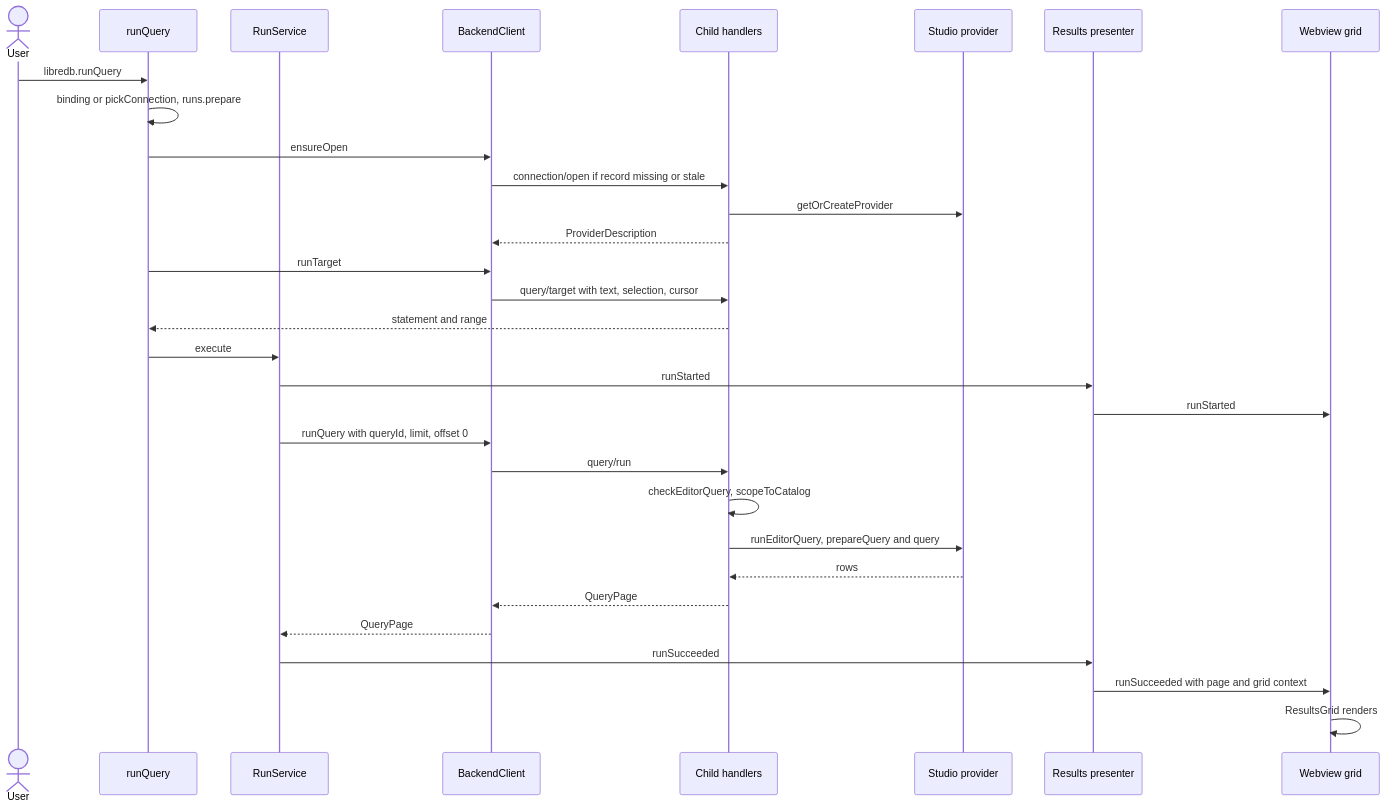
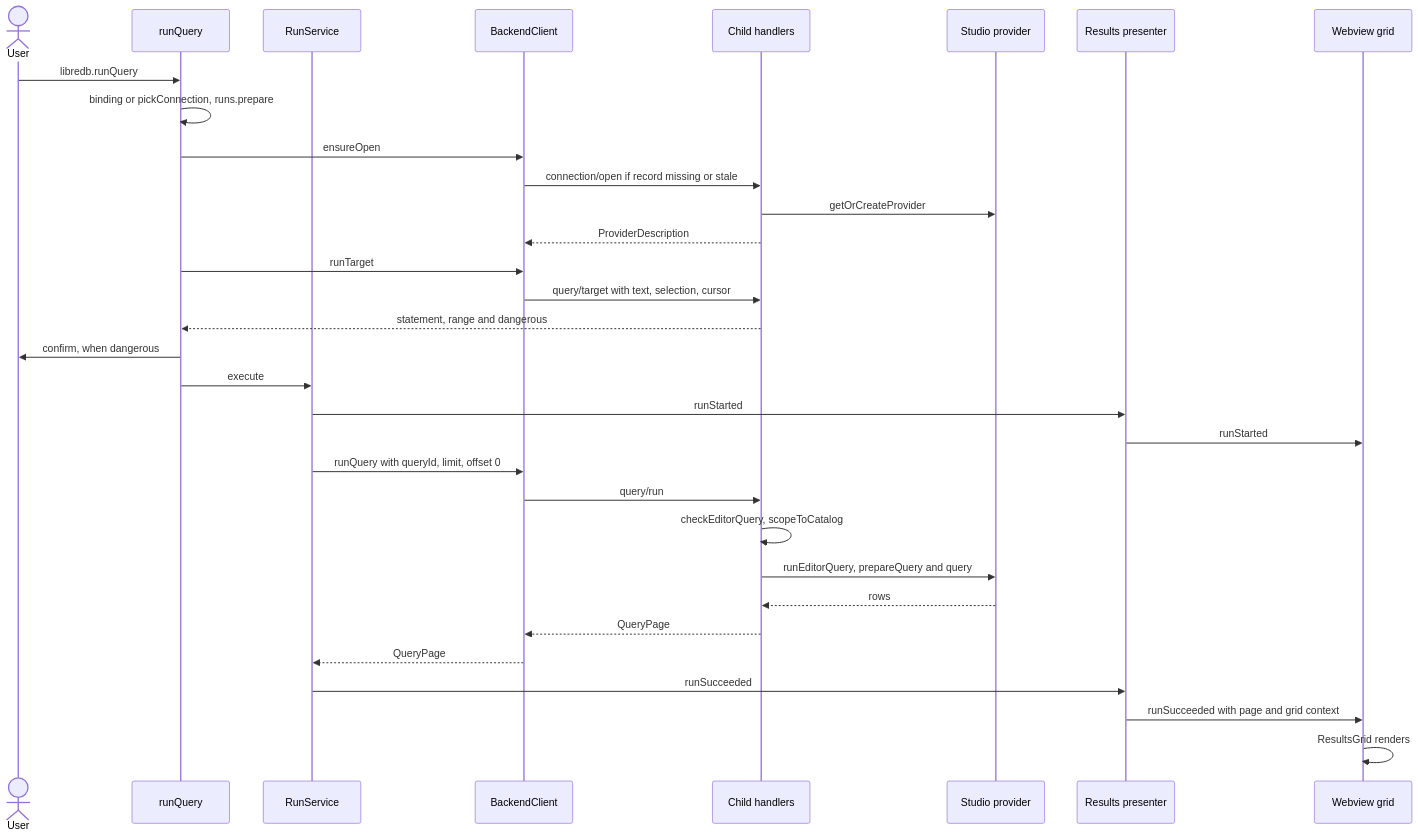
Before and after one commit to libredb/libredb-studio: the fourth of 7 diagrams in docs/VSCODE_EXTENSION.md, drawn with Mermaid. The commit also changed other lines of this file and 15 other files, not shown here.

````diff
--- a/docs/VSCODE_EXTENSION.md
+++ b/docs/VSCODE_EXTENSION.md
@@ -158,33 +158,34 @@
 ```mermaid
 sequenceDiagram
   actor U as User
   participant R as runQuery
   participant S as RunService
   participant C as BackendClient
   participant B as Child handlers
   participant P as Studio provider
   participant V as Results presenter
   participant W as Webview grid
   U->>R: libredb.runQuery
   R->>R: binding or pickConnection, runs.prepare
   R->>C: ensureOpen
   C->>B: connection/open if record missing or stale
   B->>P: getOrCreateProvider
   B-->>C: ProviderDescription
   R->>C: runTarget
   C->>B: query/target with text, selection, cursor
-  B-->>R: statement and range
+  B-->>R: statement, range and dangerous
+  R->>U: confirm, when dangerous
   R->>S: execute
   S->>V: runStarted
   V->>W: runStarted
   S->>C: runQuery with queryId, limit, offset 0
   C->>B: query/run
   B->>B: checkEditorQuery, scopeToCatalog
   B->>P: runEditorQuery, prepareQuery and query
   P-->>B: rows
   B-->>C: QueryPage
   C-->>S: QueryPage
   S->>V: runSucceeded
   V->>W: runSucceeded with page and grid context
   W->>W: ResultsGrid renders
 ```
````
